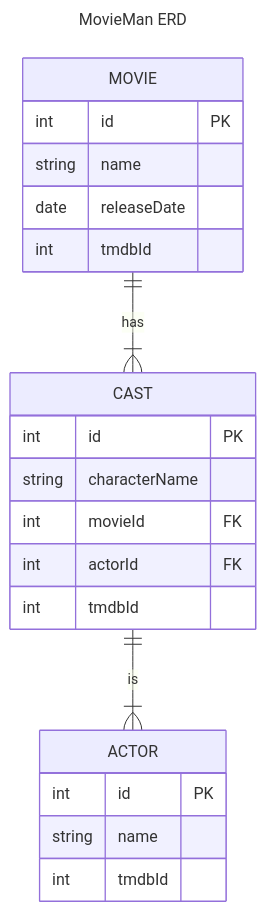
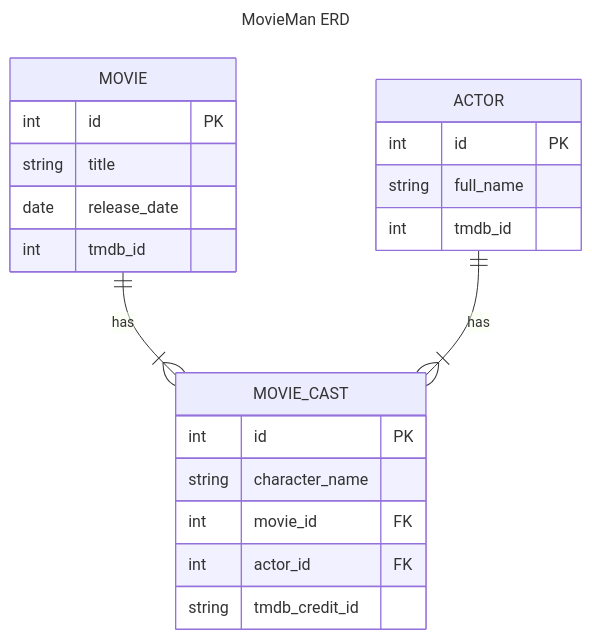
The diagram in documentation/DatabaseEntityRelationships.md (joseeliaschavez/java-rest-api-template), drawn with Mermaid before and after one commit. The commit also changed 1 other file, not shown here.

````diff
--- a/documentation/DatabaseEntityRelationships.md
+++ b/documentation/DatabaseEntityRelationships.md
@@ -3,26 +3,26 @@
 ```mermaid
 ---
 title: MovieMan ERD
 ---
 erDiagram
-    MOVIE ||--|{ CAST : has
+    MOVIE ||--|{ MOVIE_CAST : has
     MOVIE {
         int id PK
-        string name
-        date releaseDate
-        int tmdbId
+        string title
+        date release_date
+        int tmdb_id
     }
-    CAST ||--|{ ACTOR: is
-    CAST {
-        int id PK
-        string characterName
-        int movieId FK
-        int actorId FK
-        int tmdbId
-    }
+    ACTOR ||--|{ MOVIE_CAST: has
     ACTOR {
         int id PK
-        string name
-        int tmdbId
+        string full_name
+        int tmdb_id
+    }
+    MOVIE_CAST {
+        int id PK
+        string character_name
+        int movie_id FK
+        int actor_id FK
+        string tmdb_credit_id
     }
 ```
````
